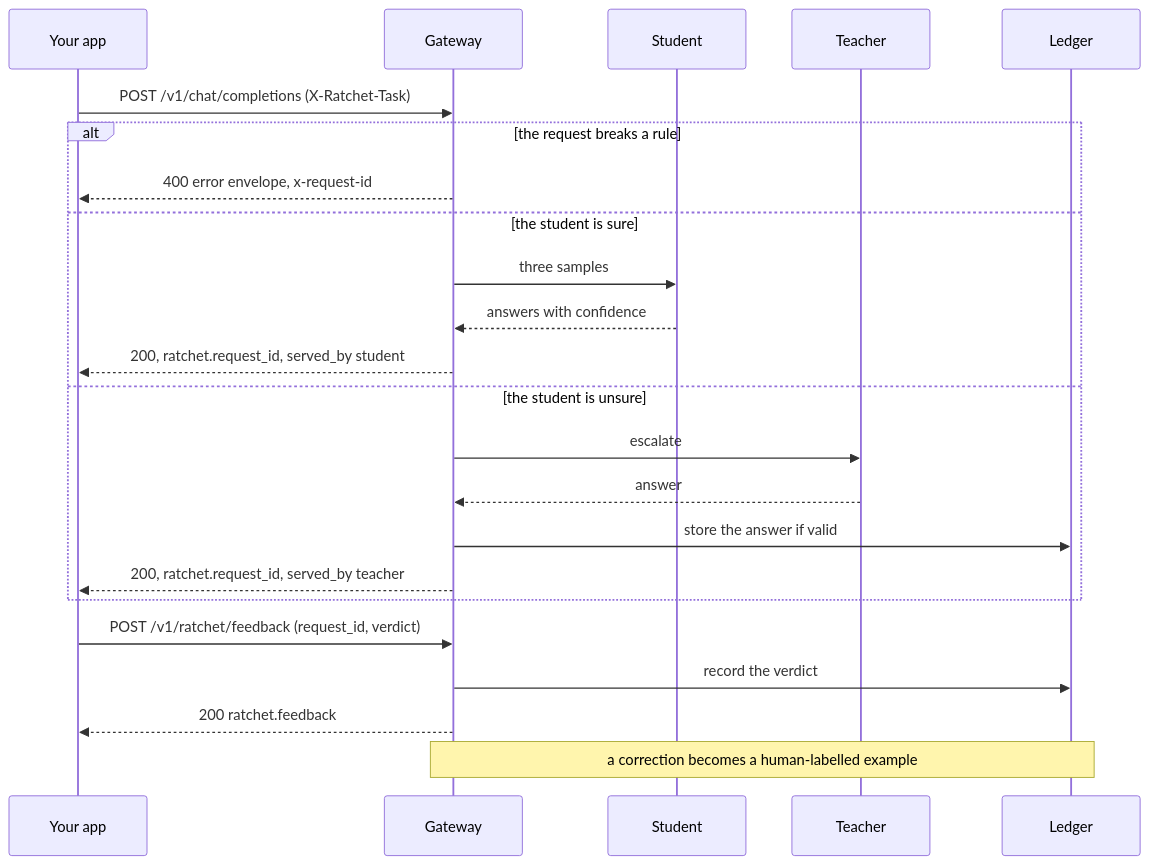
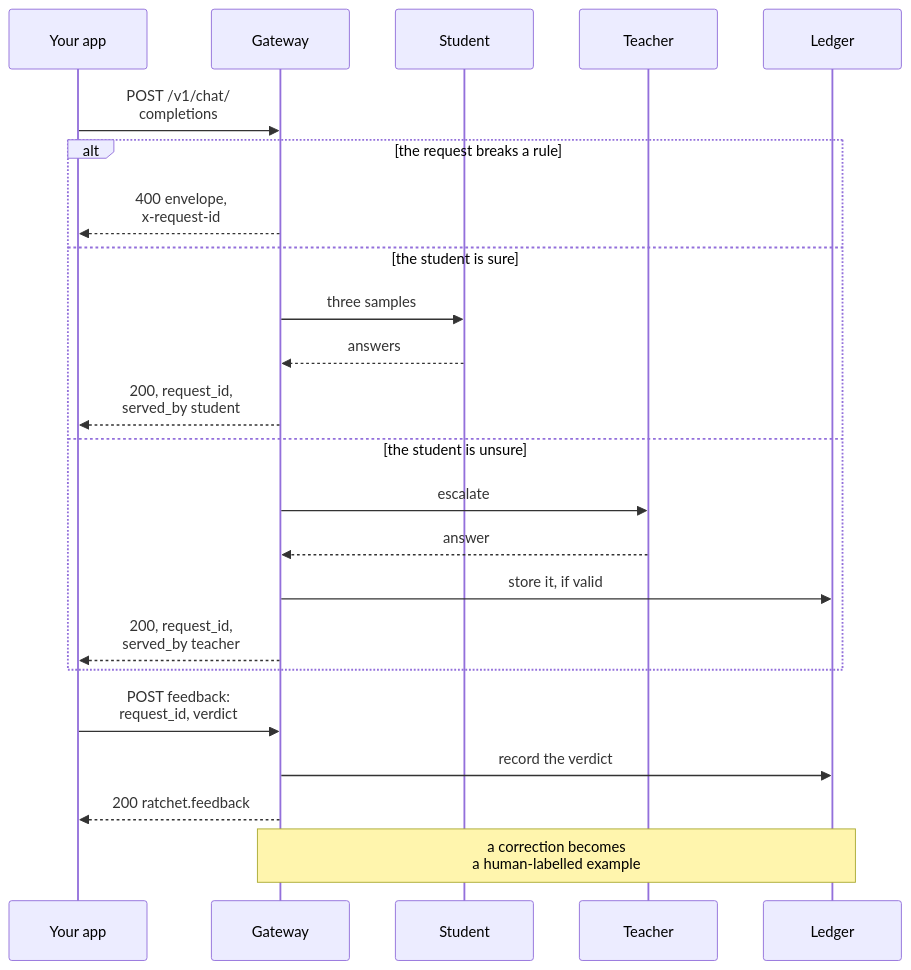
Before and after one commit to harshbhx/ratchet: the third of 4 diagrams in docs-site/src/content/docs/api/endpoints.mdx, drawn with Mermaid. The commit also changed other lines of this file and 25 other files, not shown here.

````diff
--- a/docs-site/src/content/docs/api/endpoints.mdx
+++ b/docs-site/src/content/docs/api/endpoints.mdx
@@ -330,25 +335,25 @@
 ```mermaid
 sequenceDiagram
-    participant C as Your app
-    participant G as Gateway
-    participant S as Student
-    participant T as Teacher
-    participant L as Ledger
-    C->>G: POST /v1/chat/completions (X-Ratchet-Task)
-    alt the request breaks a rule
-        G-->>C: 400 error envelope, x-request-id
-    else the student is sure
-        G->>S: three samples
-        S-->>G: answers with confidence
-        G-->>C: 200, ratchet.request_id, served_by student
-    else the student is unsure
-        G->>T: escalate
-        T-->>G: answer
-        G->>L: store the answer if valid
-        G-->>C: 200, ratchet.request_id, served_by teacher
-    end
-    C->>G: POST /v1/ratchet/feedback (request_id, verdict)
-    G->>L: record the verdict
-    G-->>C: 200 ratchet.feedback
-    Note over G,L: a correction becomes a human-labelled example
+  participant C as Your app
+  participant G as Gateway
+  participant Student as Student
+  participant Teacher as Teacher
+  participant Ledger as Ledger
+  C->>G: POST /v1/chat/<br/>completions
+  alt the request breaks a rule
+    G-->>C: 400 envelope,<br/>x-request-id
+  else the student is sure
+    G->>Student: three samples
+    Student-->>G: answers
+    G-->>C: 200, request_id,<br/>served_by student
+  else the student is unsure
+    G->>Teacher: escalate
+    Teacher-->>G: answer
+    G->>Ledger: store it, if valid
+    G-->>C: 200, request_id,<br/>served_by teacher
+  end
+  C->>G: POST feedback:<br/>request_id, verdict
+  G->>Ledger: record the verdict
+  G-->>C: 200 ratchet.feedback
+  Note over G,Ledger: a correction becomes<br/>a human-labelled example
 ```
````
